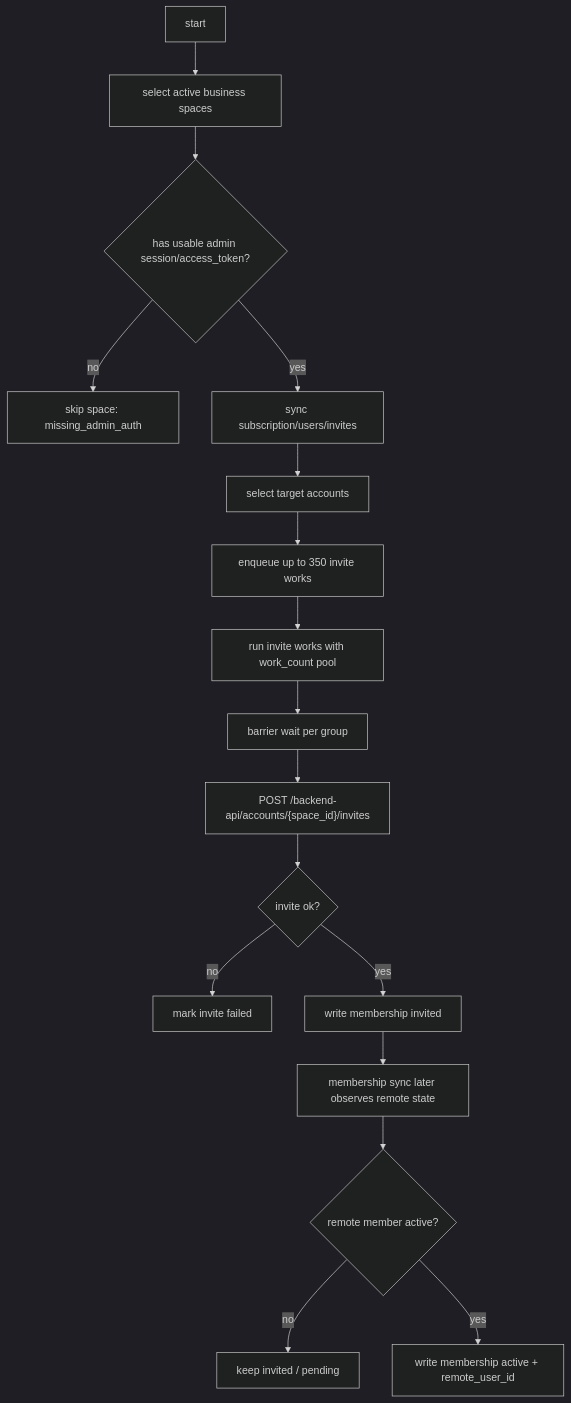
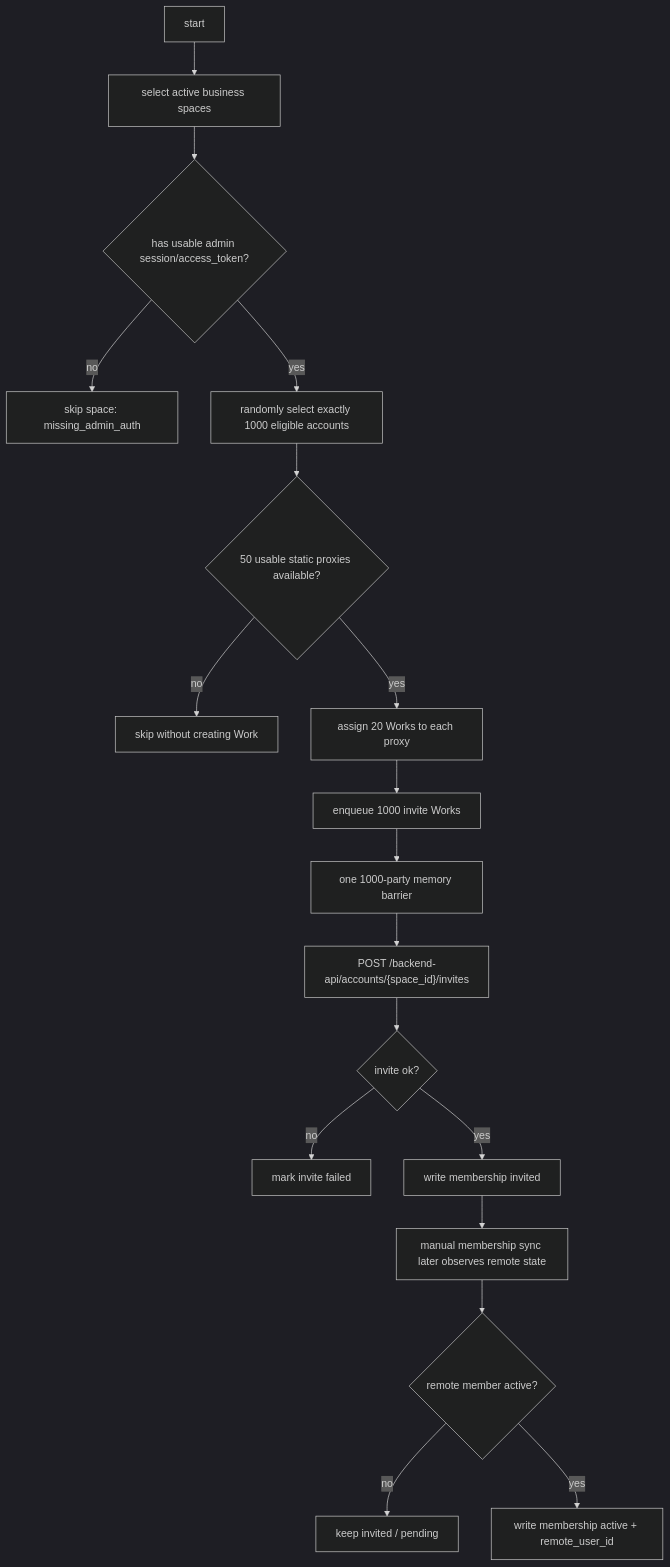
Before and after one commit to lvchaop/Gpt-Agreement-Payment: the second of 5 diagrams in refactor-app/docs/17-space-auth-push-redesign.md, drawn with Mermaid (dark theme). The commit also changed other lines of this file and 140 other files, not shown here.

````diff
--- a/refactor-app/docs/17-space-auth-push-redesign.md
+++ b/refactor-app/docs/17-space-auth-push-redesign.md
@@ -1578,19 +1588,20 @@
 ```mermaid
 flowchart TD
   A["start"] --> B["select active business spaces"]
   B --> C{"has usable admin session/access_token?"}
   C -- "no" --> C1["skip space: missing_admin_auth"]
-  C -- "yes" --> D["sync subscription/users/invites"]
-  D --> E["select target accounts"]
-  E --> F["enqueue up to 350 invite works"]
-  F --> G["run invite works with work_count pool"]
-  G --> H["barrier wait per group"]
+  C -- "yes" --> D["randomly select exactly 1000 eligible accounts"]
+  D --> E{"50 usable static proxies available?"}
+  E -- "no" --> E1["skip without creating Work"]
+  E -- "yes" --> F["assign 20 Works to each proxy"]
+  F --> G["enqueue 1000 invite Works"]
+  G --> H["one 1000-party memory barrier"]
   H --> I["POST /backend-api/accounts/{space_id}/invites"]
   I --> J{"invite ok?"}
   J -- "no" --> J1["mark invite failed"]
   J -- "yes" --> K["write membership invited"]
-  K --> L["membership sync later observes remote state"]
+  K --> L["manual membership sync later observes remote state"]
   L --> M{"remote member active?"}
   M -- "no" --> M1["keep invited / pending"]
   M -- "yes" --> N["write membership active + remote_user_id"]
 ```
````
